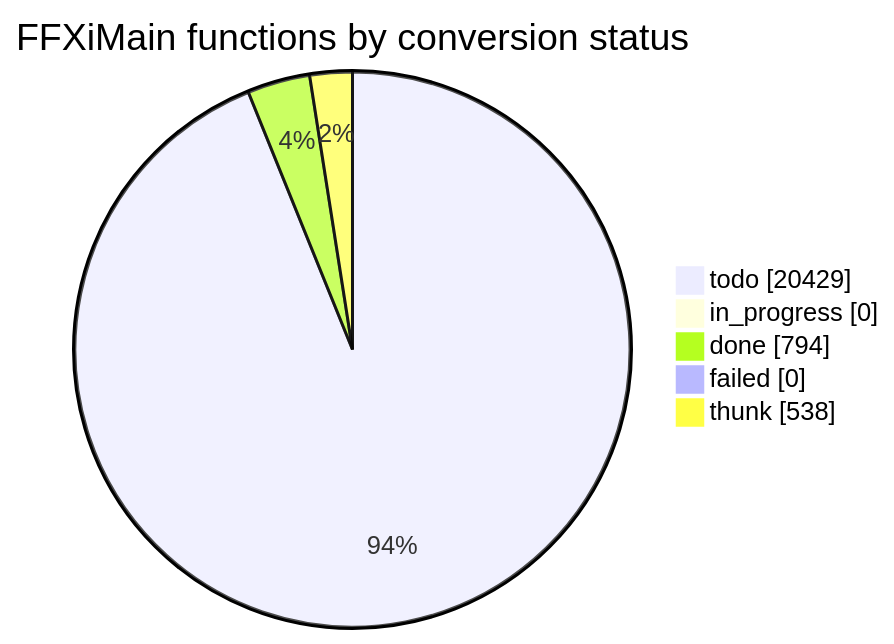
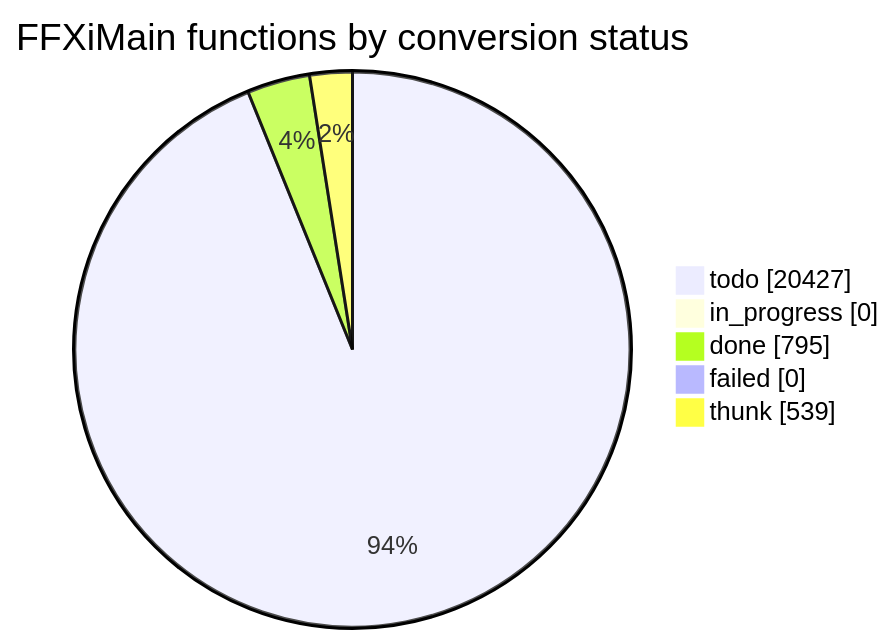
The diagram in docs/cow/STATUS.md (cowrevenge/cow_kuluu_xi_anything), drawn with Mermaid before and after one commit. The commit also changed other lines of this file and 9 other files, not shown here.

````diff
--- a/docs/cow/STATUS.md
+++ b/docs/cow/STATUS.md
@@ -18,9 +18,9 @@
 ```mermaid
 pie showData
     title FFXiMain functions by conversion status
-    "todo" : 20429
+    "todo" : 20427
     "in_progress" : 0
-    "done" : 794
+    "done" : 795
     "failed" : 0
-    "thunk" : 538
+    "thunk" : 539
 ```
````
